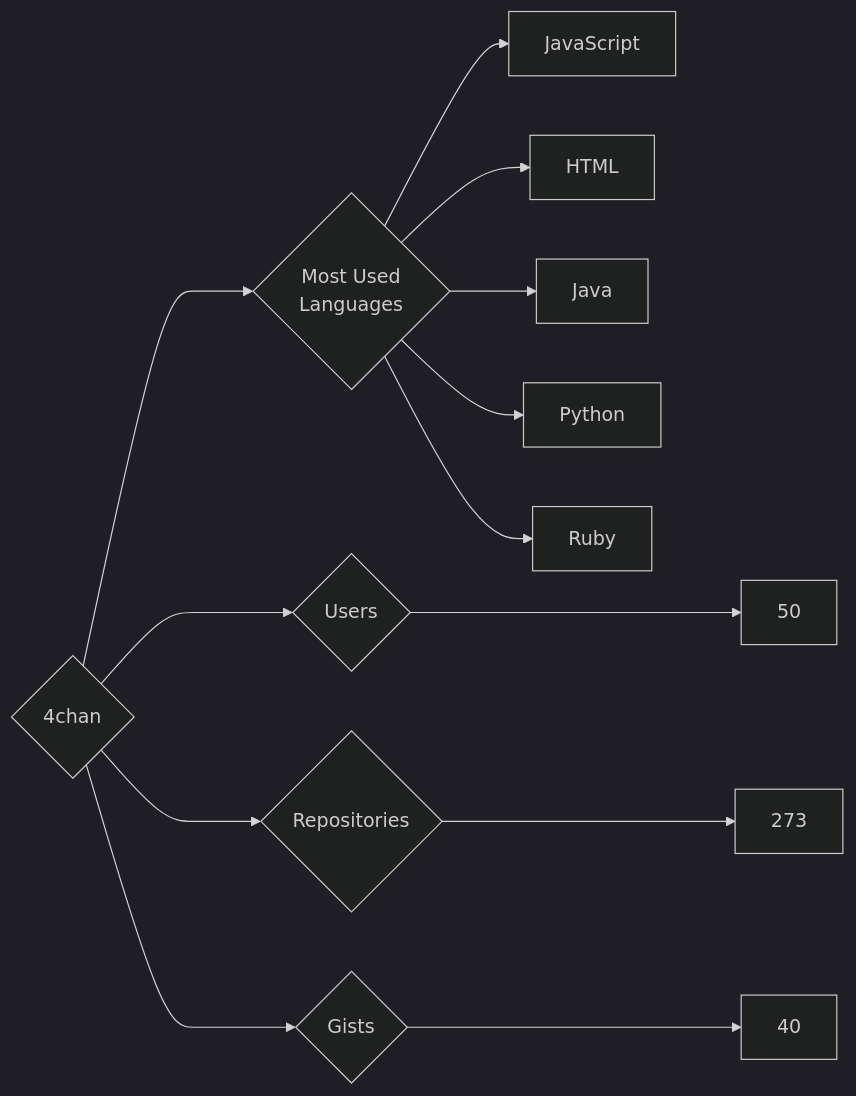
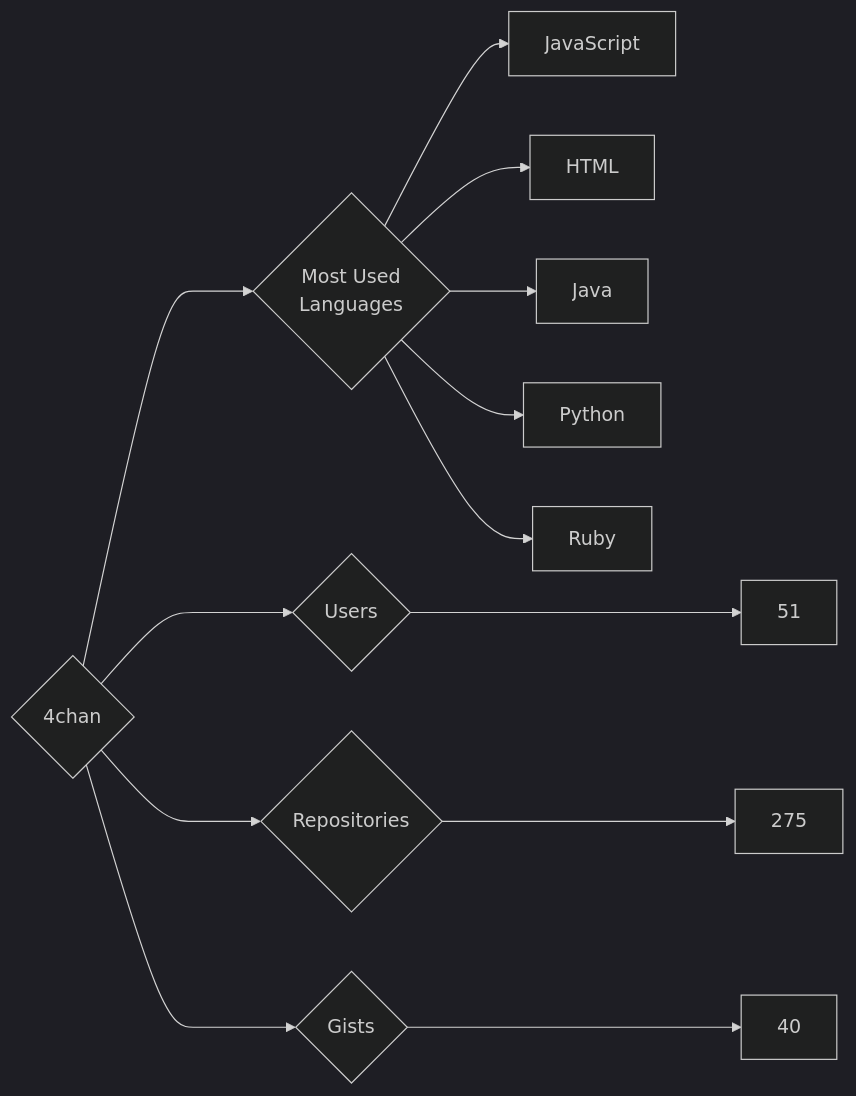
Before and after one commit to trickest/insiders: the diagram in targets/4chan/README.md, drawn with Mermaid (dark theme). The commit also changed 1195 other files, not shown here.

````diff
--- a/targets/4chan/README.md
+++ b/targets/4chan/README.md
@@ -3,13 +3,13 @@
 ```mermaid
 graph LR
 COMPANY_NAME{4chan}
-COMPANY_NAME ---> U{Users} ---> UN[50]
-COMPANY_NAME ---> R{Repositories} ---> RN[273]
+COMPANY_NAME ---> U{Users} ---> UN[51]
+COMPANY_NAME ---> R{Repositories} ---> RN[275]
 COMPANY_NAME ---> G{Gists} ---> GN[40]
 COMPANY_NAME ---> ML{Most Used<br>Languages}
 ML --> JavaScript[JavaScript]
 ML --> HTML[HTML]
 ML --> Java[Java]
 ML --> Python[Python]
 ML --> Ruby[Ruby]
 ```
````
